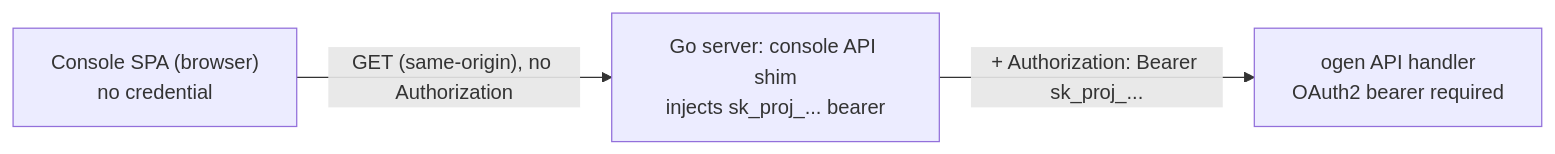
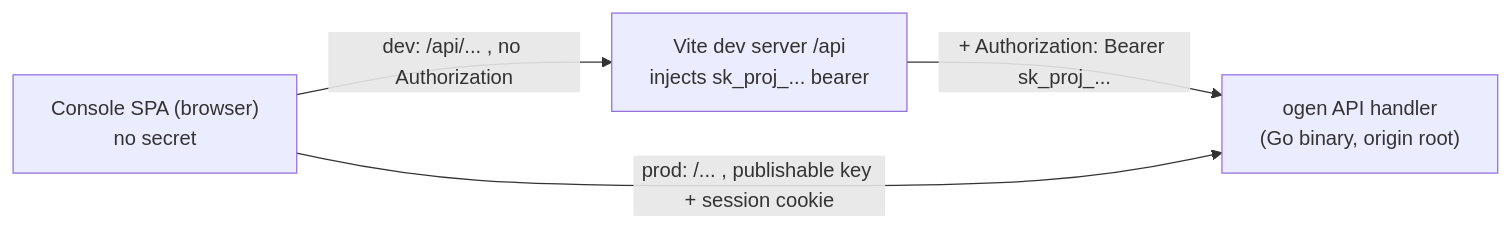
One commit to zitadel/nextgen changed the diagram in apps/console/docs/adrs/0002-console-api-access.md. Above: the diagram before and after it, drawn with Mermaid. The commit also changed other lines of this file and 20 other files, not shown here.

First line of the commit message:
fix(console): serve the embedded UI surfaces the way the binary does

````diff
--- a/apps/console/docs/adrs/0002-console-api-access.md
+++ b/apps/console/docs/adrs/0002-console-api-access.md
@@ -70,9 +75,10 @@
 ```mermaid
 flowchart LR
-  browser["Console SPA (browser)\nno credential"]
-  shim["Go server: console API shim\ninjects sk_proj_... bearer"]
-  apiHandler["ogen API handler\nOAuth2 bearer required"]
+  browser["Console SPA (browser)\nno secret"]
+  proxy["Vite dev server /api\ninjects sk_proj_... bearer"]
+  apiHandler["ogen API handler\n(Go binary, origin root)"]
 
-  browser -->|"GET (same-origin), no Authorization"| shim
-  shim -->|"+ Authorization: Bearer sk_proj_..."| apiHandler
+  browser -->|"dev: /api/... , no Authorization"| proxy
+  proxy -->|"+ Authorization: Bearer sk_proj_..."| apiHandler
+  browser -->|"prod: /... , publishable key + session cookie"| apiHandler
 ```
````
